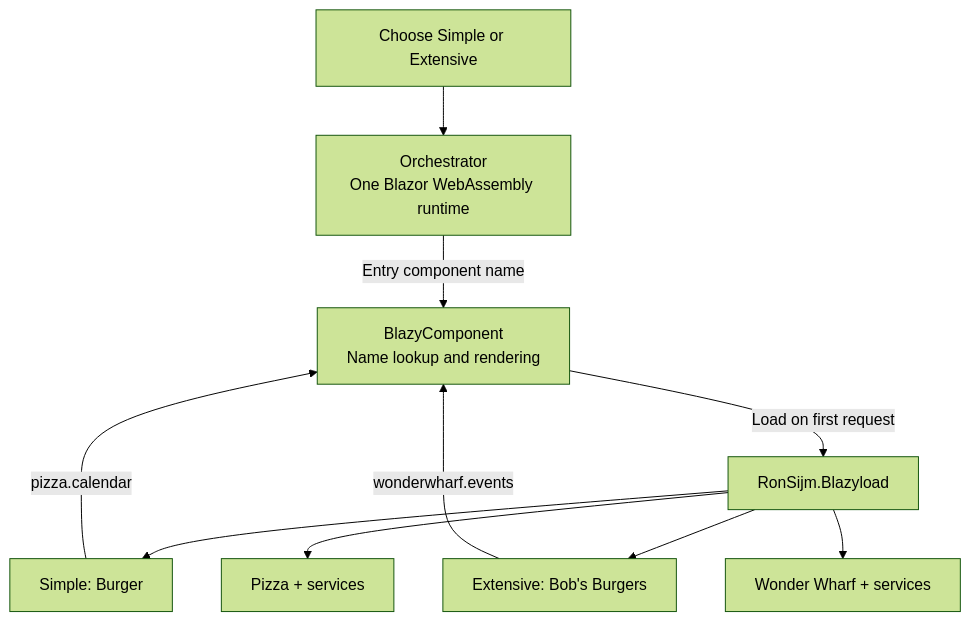
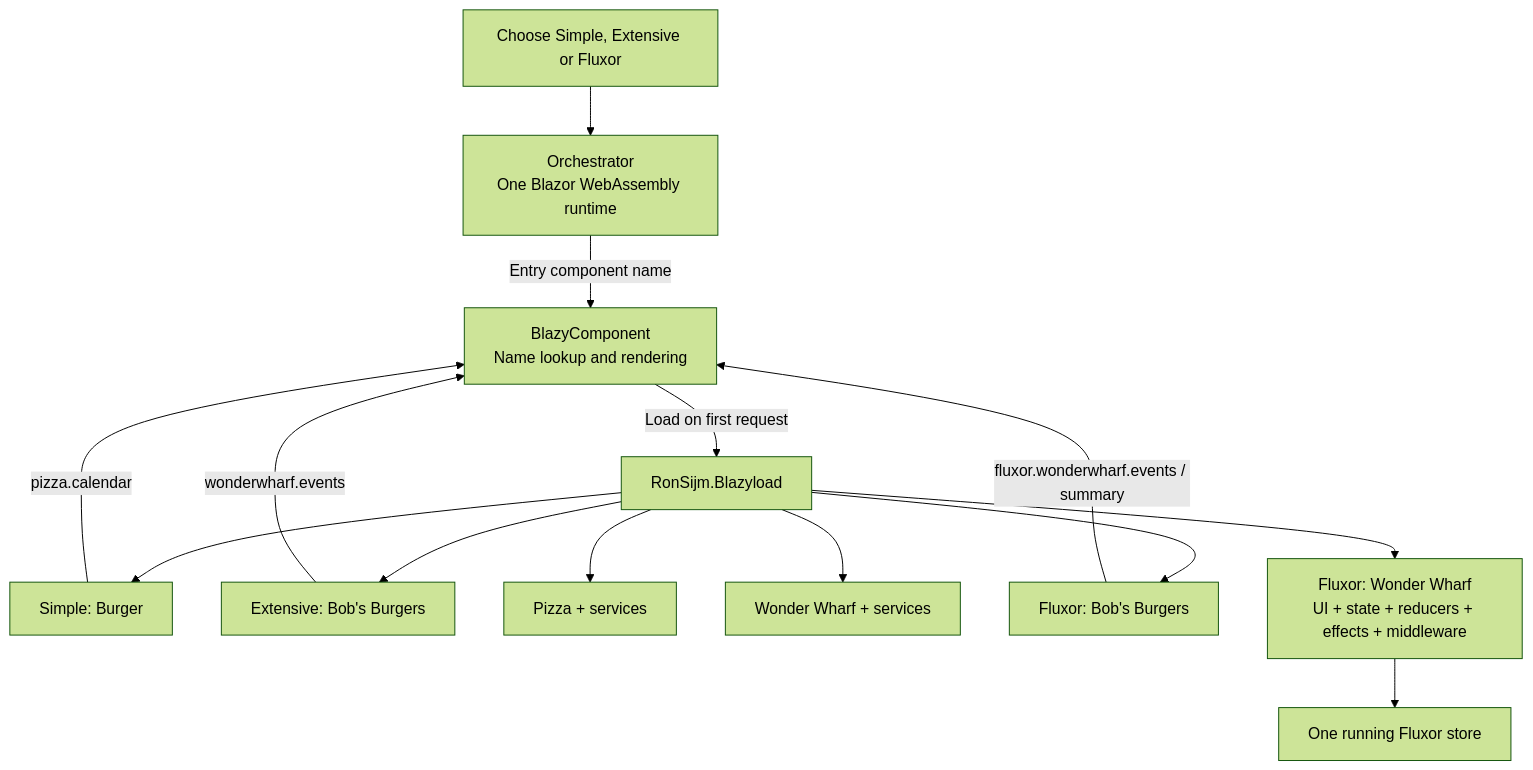
The diagram in Examples/README.md (RonSijm/RonSijm.Blazyload.Components), drawn with Mermaid (forest theme) before and after one commit. The commit also changed other lines of this file and 62 other files, not shown here.

````diff
--- a/Examples/README.md
+++ b/Examples/README.md
@@ -61,12 +69,16 @@
 ```mermaid
 flowchart TB
-    navigation["Choose Simple or Extensive"] --> host["Orchestrator<br/>One Blazor WebAssembly runtime"]
+    navigation["Choose Simple, Extensive or Fluxor"] --> host["Orchestrator<br/>One Blazor WebAssembly runtime"]
     host -->|"Entry component name"| components["BlazyComponent<br/>Name lookup and rendering"]
     components -->|"Load on first request"| loader["RonSijm.Blazyload"]
     loader --> burger["Simple: Burger"]
     loader --> restaurant["Extensive: Bob's Burgers"]
     burger -->|"pizza.calendar"| components
     restaurant -->|"wonderwharf.events"| components
     loader --> pizza["Pizza + services"]
     loader --> wharf["Wonder Wharf + services"]
+    loader --> fluxorbob["Fluxor: Bob's Burgers"]
+    fluxorbob -->|"fluxor.wonderwharf.events / summary"| components
+    loader --> fluxorwharf["Fluxor: Wonder Wharf<br/>UI + state + reducers + effects + middleware"]
+    fluxorwharf --> store["One running Fluxor store"]
 ```
````
